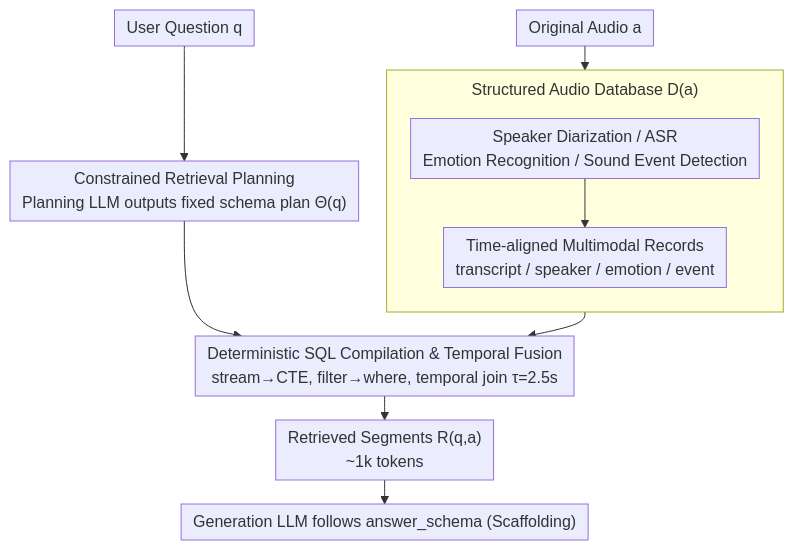
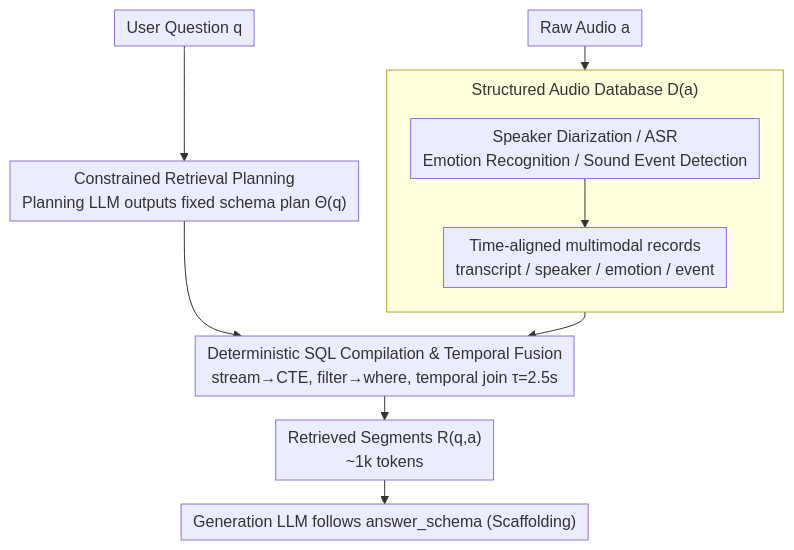
One commit to zhaoyang97/Paper-Notes-en changed the diagram in docs/ACL2026/audio_speech/planrag-audio_planning_and_retrieval_augmented_generation_for_long-form_audio_un.md. Above: the diagram before and after it, drawn with Mermaid. The commit also changed other lines of this file and 5084 other files, not shown here.

````diff
--- a/docs/ACL2026/audio_speech/planrag-audio_planning_and_retrieval_augmented_generation_for_long-form_audio_un.md
+++ b/docs/ACL2026/audio_speech/planrag-audio_planning_and_retrieval_augmented_generation_for_long-form_audio_un.md
@@ -43,14 +43,14 @@
 ```mermaid
 %%{init: {'flowchart': {'rankSpacing': 24, 'nodeSpacing': 28, 'padding': 6, 'wrappingWidth': 400, 'subGraphTitleMargin': {'top': 8, 'bottom': 16}}}}%%
 flowchart TD
-    A0["Original Audio a"] --> DB
+    A0["Raw Audio a"] --> DB
     Q["User Question q"] --> PLAN["Constrained Retrieval Planning<br/>Planning LLM outputs fixed schema plan Θ(q)"]
     subgraph DB["Structured Audio Database D(a)"]
         direction TB
-        P1["Speaker Diarization / ASR<br/>Emotion Recognition / Sound Event Detection"] --> P2["Time-aligned Multimodal Records<br/>transcript / speaker / emotion / event"]
+        P1["Speaker Diarization / ASR<br/>Emotion Recognition / Sound Event Detection"] --> P2["Time-aligned multimodal records<br/>transcript / speaker / emotion / event"]
     end
     DB --> SQL["Deterministic SQL Compilation & Temporal Fusion<br/>stream→CTE, filter→where, temporal join τ=2.5s"]
     PLAN --> SQL
     SQL --> R["Retrieved Segments R(q,a)<br/>~1k tokens"]
     R --> GEN["Generation LLM follows answer_schema (Scaffolding)"]
 ```
````
